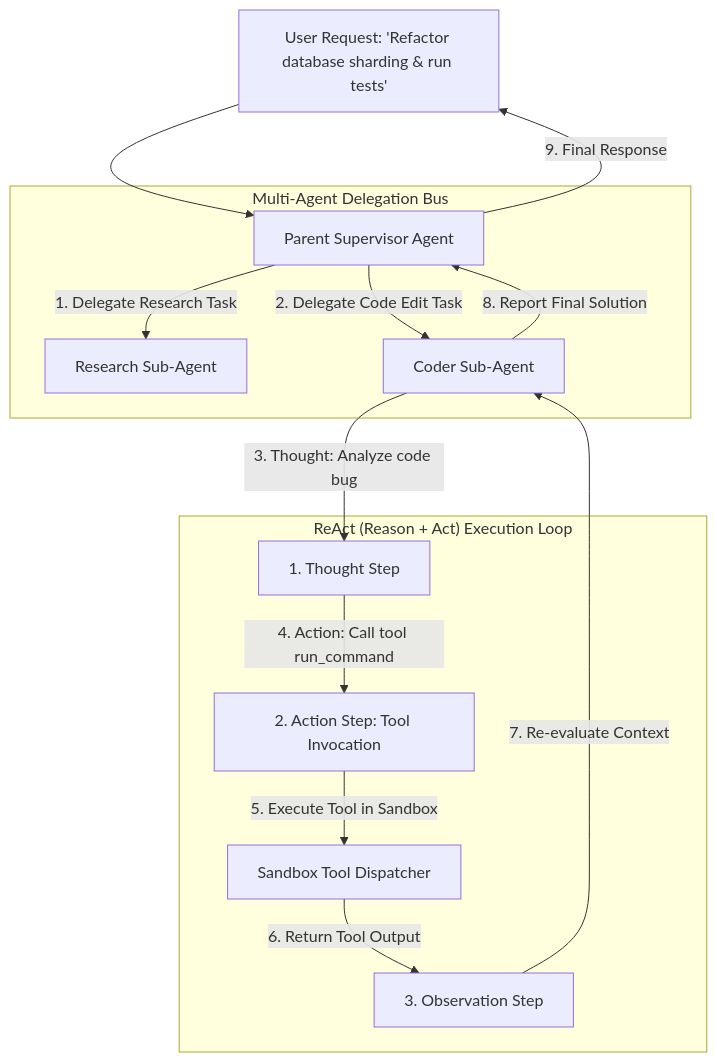
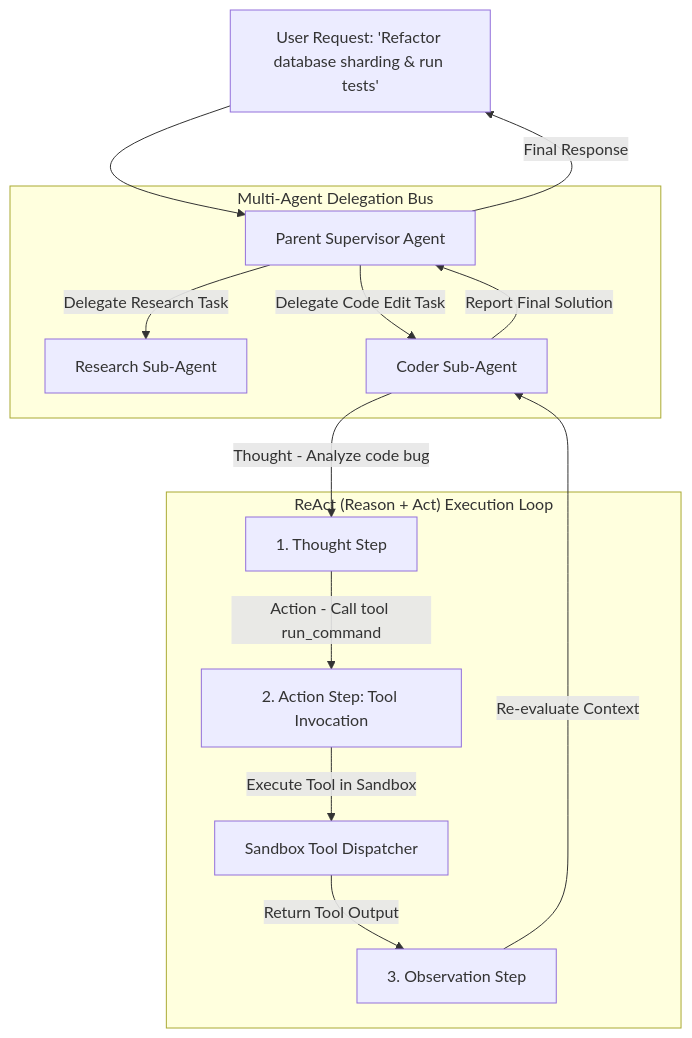
The diagram in blog/posts/building-large-scale-autonomous-ai-agent-systems-multi-agent-orchestration.md (akmalkhaniub/akmalkhaniub.github.io), drawn with Mermaid before and after one commit. The commit also changed 411 other files, not shown here.

````diff
--- a/blog/posts/building-large-scale-autonomous-ai-agent-systems-multi-agent-orchestration.md
+++ b/blog/posts/building-large-scale-autonomous-ai-agent-systems-multi-agent-orchestration.md
@@ -17,20 +17,20 @@
 ```mermaid
-graph TD
+flowchart TD
   UserTask["User Request: 'Refactor database sharding & run tests'"] --> Supervisor[Parent Supervisor Agent]
   
   subgraph SG1_MultiAgentDelegation ["Multi-Agent Delegation Bus"]
-    Supervisor -->|1. Delegate Research Task| ResearchAgent[Research Sub-Agent]
-    Supervisor -->|2. Delegate Code Edit Task| CoderAgent[Coder Sub-Agent]
+    Supervisor -->|Delegate Research Task| ResearchAgent[Research Sub-Agent]
+    Supervisor -->|Delegate Code Edit Task| CoderAgent[Coder Sub-Agent]
   end
   
   subgraph SG2_ReactReasonAct ["ReAct (Reason + Act) Execution Loop"]
-    CoderAgent -->|3. Thought: Analyze code bug| Thought[1. Thought Step]
-    Thought -->|4. Action: Call tool run_command| Action[2. Action Step: Tool Invocation]
-    Action -->|5. Execute Tool in Sandbox| ToolRunner[Sandbox Tool Dispatcher]
-    ToolRunner -->|6. Return Tool Output| Observation[3. Observation Step]
-    Observation -->|7. Re-evaluate Context| CoderAgent
+    CoderAgent -->|Thought - Analyze code bug| Thought[1. Thought Step]
+    Thought -->|Action - Call tool run_command| Action[2. Action Step: Tool Invocation]
+    Action -->|Execute Tool in Sandbox| ToolRunner[Sandbox Tool Dispatcher]
+    ToolRunner -->|Return Tool Output| Observation[3. Observation Step]
+    Observation -->|Re-evaluate Context| CoderAgent
   end
   
-  CoderAgent -->|8. Report Final Solution| Supervisor
-  Supervisor -->|9. Final Response| UserTask
+  CoderAgent -->|Report Final Solution| Supervisor
+  Supervisor -->|Final Response| UserTask
 ```
````
